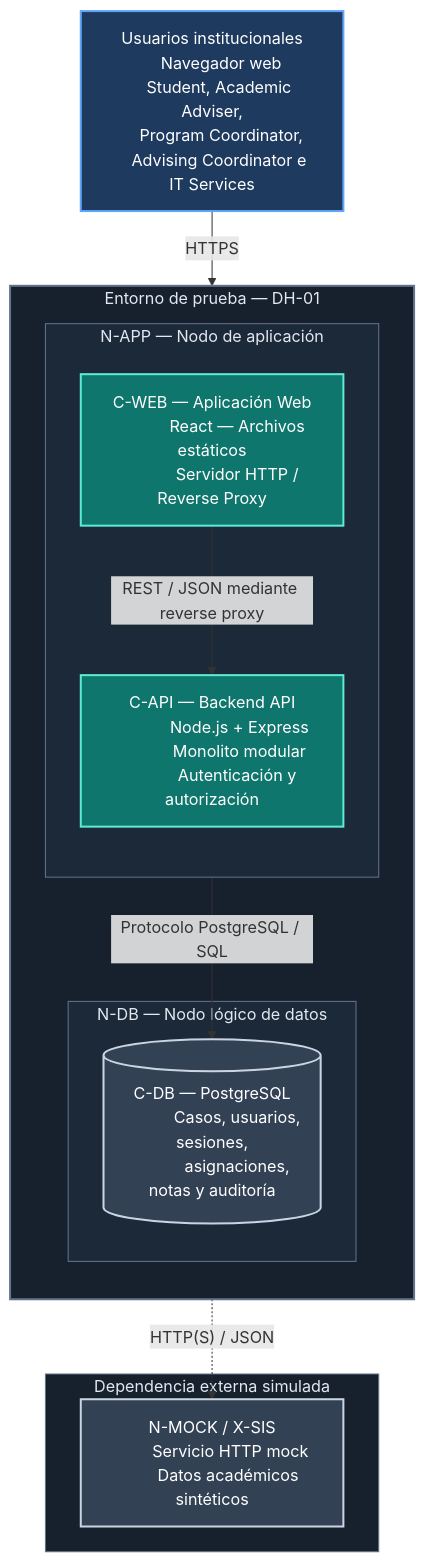
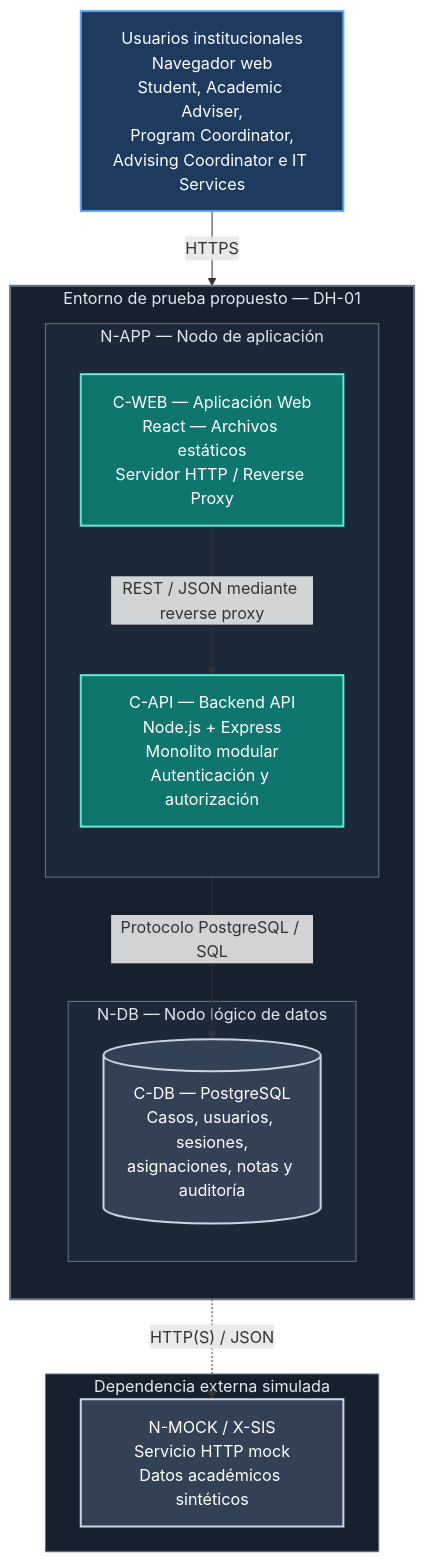
The diagram in docs/evaluation-2/views/deployment-view.md (Nayea29/dh01-academic-advising), drawn with Mermaid before and after one commit. The commit also changed other lines of this file and 11 other files, not shown here.

Commit message:
docs: update evaluation 2 architecture and interactive prototype

````diff
--- a/docs/evaluation-2/views/deployment-view.md
+++ b/docs/evaluation-2/views/deployment-view.md
@@ -36,56 +42,43 @@
 ```mermaid
 flowchart TB
-    USER["Usuarios institucionales
-    Navegador web
-    Student, Academic Adviser,
-    Program Coordinator,
-    Advising Coordinator e IT Services"]
+    USER["Usuarios institucionales<br/>Navegador web<br/>Student, Academic Adviser,<br/>Program Coordinator,<br/>Advising Coordinator e IT Services"]
 
-    subgraph ENV["Entorno de prueba — DH-01"]
+    subgraph ENV["Entorno de prueba propuesto — DH-01"]
         direction TB
 
         subgraph APP["N-APP — Nodo de aplicación"]
             direction TB
 
-            WEB["C-WEB — Aplicación Web
-            React — Archivos estáticos
-            Servidor HTTP / Reverse Proxy"]
+            WEB["C-WEB — Aplicación Web<br/>React — Archivos estáticos<br/>Servidor HTTP / Reverse Proxy"]
 
-            API["C-API — Backend API
-            Node.js + Express
-            Monolito modular
-            Autenticación y autorización"]
+            API["C-API — Backend API<br/>Node.js + Express<br/>Monolito modular<br/>Autenticación y autorización"]
 
             WEB -->|"REST / JSON mediante reverse proxy"| API
         end
 
         subgraph DATA["N-DB — Nodo lógico de datos"]
-            DB[("C-DB — PostgreSQL
-            Casos, usuarios, sesiones,
-            asignaciones, notas y auditoría")]
+            DB[("C-DB — PostgreSQL<br/>Casos, usuarios, sesiones,<br/>asignaciones, notas y auditoría")]
         end
     end
 
     subgraph TEST["Dependencia externa simulada"]
-        SIS["N-MOCK / X-SIS
-        Servicio HTTP mock
-        Datos académicos sintéticos"]
+        SIS["N-MOCK / X-SIS<br/>Servicio HTTP mock<br/>Datos académicos sintéticos"]
     end
 
     USER -->|"HTTPS"| WEB
     API -->|"Protocolo PostgreSQL / SQL"| DB
     API -.->|"HTTP(S) / JSON"| SIS
 
     classDef actor fill:#1E3A5F,stroke:#60A5FA,color:#FFFFFF,stroke-width:2px
     classDef app fill:#0F766E,stroke:#5EEAD4,color:#FFFFFF,stroke-width:2px
     classDef infra fill:#334155,stroke:#CBD5E1,color:#FFFFFF,stroke-width:2px
 
     class USER actor
     class WEB,API app
     class DB,SIS infra
 
     style ENV fill:#17212E,stroke:#64748B,color:#E2E8F0,stroke-width:2px
     style APP fill:#1C2938,stroke:#64748B,color:#E2E8F0
     style DATA fill:#1C2938,stroke:#64748B,color:#E2E8F0
     style TEST fill:#17212E,stroke:#64748B,color:#E2E8F0
 ```
````
